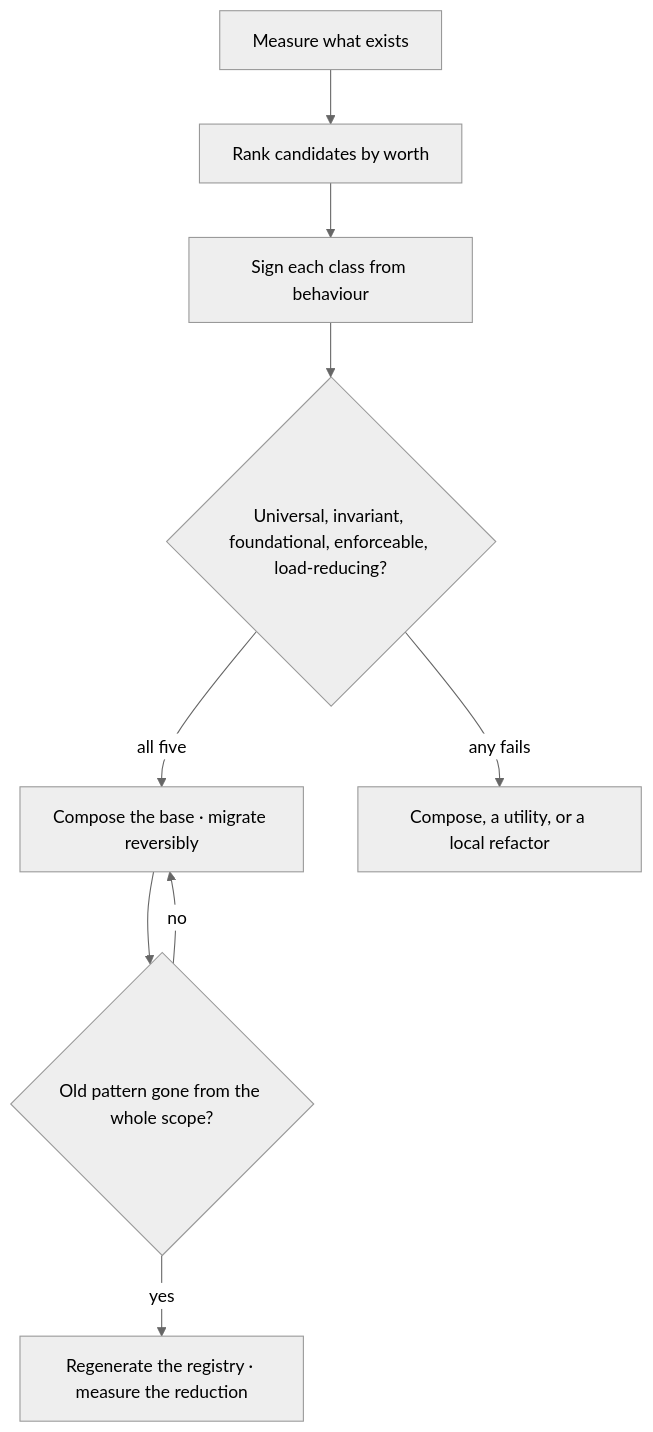
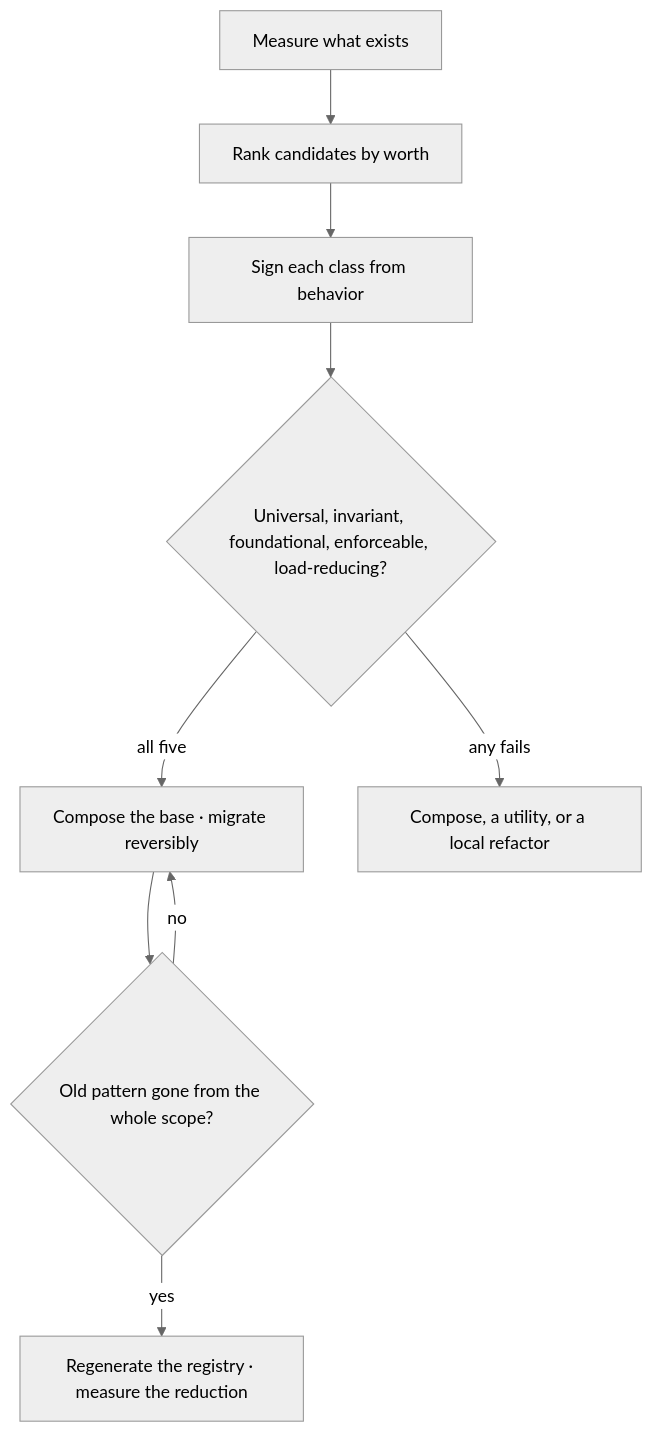
Before and after one commit to Varietyz/Disciplined-AI-Software-Development: the tenth of 10 diagrams in pag/PATTERNS.md, drawn with Mermaid (neutral theme). The commit also changed other lines of this file and 672 other files, not shown here.

````diff
--- a/pag/PATTERNS.md
+++ b/pag/PATTERNS.md
@@ -897,16 +897,16 @@
 ```mermaid
 flowchart TB
 measure["Measure what exists"]
 worth["Rank candidates by worth"]
-sign["Sign each class from behaviour"]
+sign["Sign each class from behavior"]
 boundary{"Universal, invariant, foundational, enforceable, load-reducing?"}
 base["Compose the base · migrate reversibly"]
 gone{"Old pattern gone from the whole scope?"}
 registry["Regenerate the registry · measure the reduction"]
 other["Compose, a utility, or a local refactor"]
 measure --> worth --> sign --> boundary
 boundary -- all five --> base --> gone
 boundary -- any fails --> other
 gone -- no --> base
 gone -- yes --> registry
 ```
````
